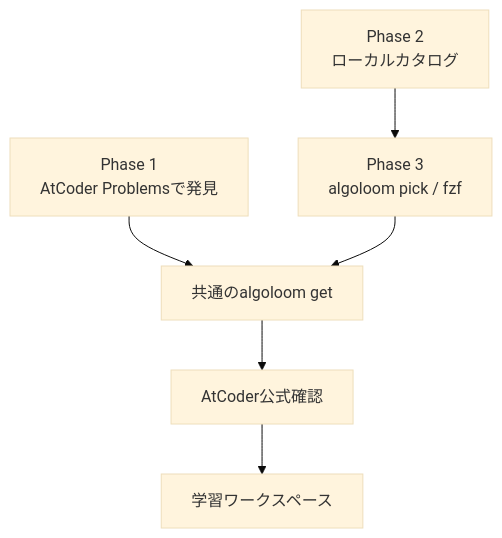
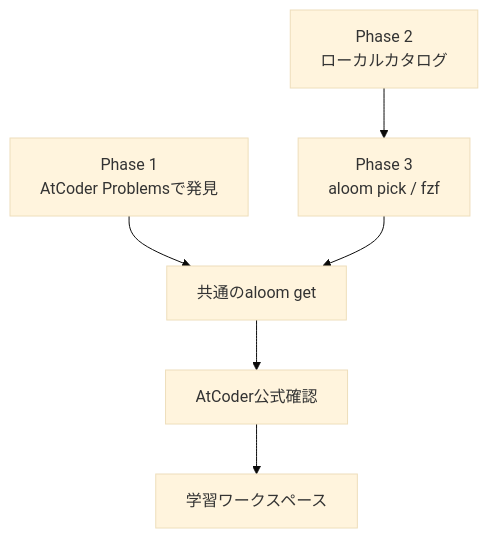
The ninth of 9 diagrams in design/problem-selection-and-catalog.md (mgmaru/algo-loom), drawn with Mermaid (base theme) before and after one commit. The commit also changed other lines of this file and 7 other files, not shown here.

````diff
--- a/design/problem-selection-and-catalog.md
+++ b/design/problem-selection-and-catalog.md
@@ -903,8 +903,8 @@
 ```mermaid
 flowchart TD
-    P1[Phase 1<br/>AtCoder Problemsで発見] --> G[共通のalgoloom get]
-    P2[Phase 2<br/>ローカルカタログ] --> P3[Phase 3<br/>algoloom pick / fzf]
+    P1[Phase 1<br/>AtCoder Problemsで発見] --> G[共通のaloom get]
+    P2[Phase 2<br/>ローカルカタログ] --> P3[Phase 3<br/>aloom pick / fzf]
     P3 --> G
     G --> A[AtCoder公式確認]
     A --> W[学習ワークスペース]
 ```
````
